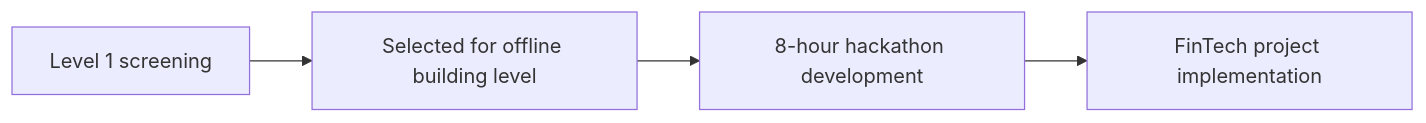
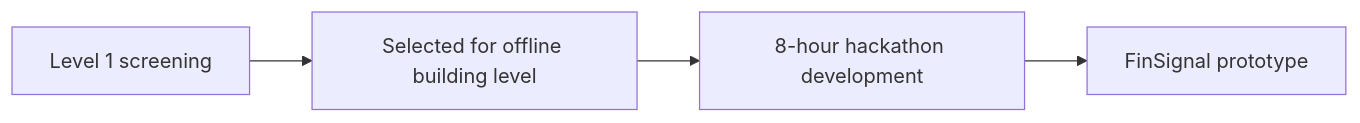
Before and after one commit to nisargans87/VVCE_Vibeathon1_Project: the first of 4 diagrams in README.md, drawn with Mermaid. The commit also changed other lines of this file, not shown here.

Commit message:
Updated professional project documentation

````diff
--- a/README.md
+++ b/README.md
@@ -39,6 +40,6 @@
 ```mermaid
 flowchart LR
     A[Level 1 screening] --> B[Selected for offline building level]
     B --> C[8-hour hackathon development]
-    C --> D[FinTech project implementation]
+    C --> D[FinSignal prototype]
 ```
````
